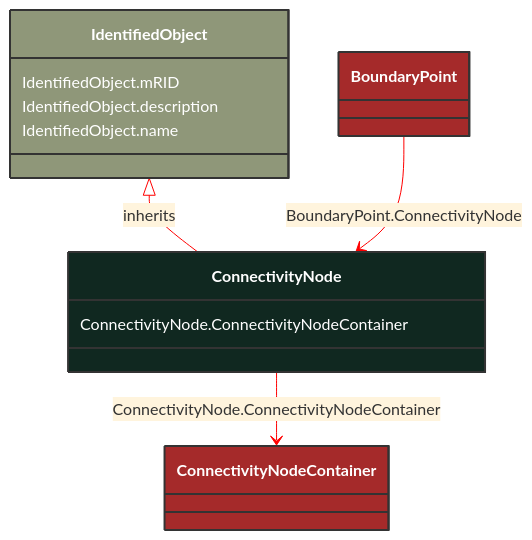
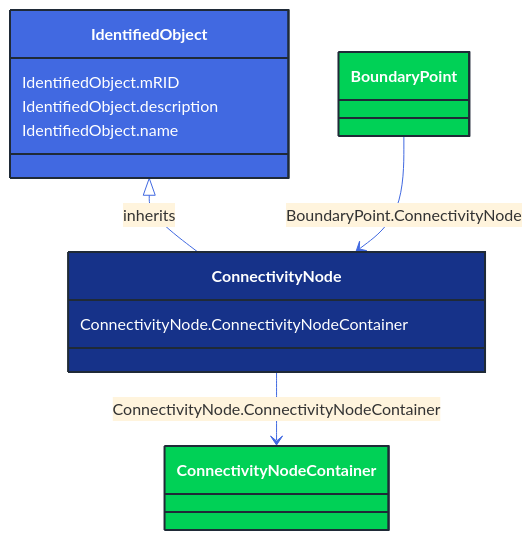
One commit to 3lbits/NoCIMExtensions changed the diagram in docs/Models/Profiles/EquipmentBoundary/ConcreteClasses/ConnectivityNode.md. Above: the diagram before and after it, drawn with Mermaid. The commit also changed 362 other files, not shown here.

First line of the commit message:
Update diagrams and styles for improved visual consistency

````diff
--- a/docs/Models/Profiles/EquipmentBoundary/ConcreteClasses/ConnectivityNode.md
+++ b/docs/Models/Profiles/EquipmentBoundary/ConcreteClasses/ConnectivityNode.md
@@ -8,29 +8,29 @@
 ```mermaid
-%%{init: {'theme':'base','themeVariables': {'lineColor': '#FF0000'}}}%%
+%%{init: {'theme':'base','themeVariables': {'lineColor': '#4169E1'}}}%%
 classDiagram
     class ConnectivityNode
     click ConnectivityNode href "/Models/Profiles/EquipmentBoundary/ConcreteClasses/ConnectivityNode/"
-    style ConnectivityNode fill:#102820,stroke:#333,stroke-width:2px,rx:10,ry:10,color:white
+    style ConnectivityNode fill:#163289,stroke:#1F2A37,stroke-width:2px,rx:10,ry:10,color:white
      
         IdentifiedObject <|-- ConnectivityNode : inherits
             click IdentifiedObject href "/Models/Profiles/EquipmentBoundary/AbstractClasses/IdentifiedObject/"
-            style IdentifiedObject fill:#8F9779,stroke:#333,stroke-width:2px,rx:10,ry:10,color:white
+            style IdentifiedObject fill:#4169E1,stroke:#1F2A37,stroke-width:2px,rx:10,ry:10,color:white
 
         ConnectivityNode --> ConnectivityNodeContainer : ConnectivityNode.ConnectivityNodeContainer
 
         ConnectivityNodeContainer
             click ConnectivityNodeContainer href "/Models/Profiles/EquipmentBoundary/AbstractClasses/ConnectivityNodeContainer/"
-            style ConnectivityNodeContainer fill:#A52A2A,stroke:#333,stroke-width:2px,rx:10,ry:10,color:white
+            style ConnectivityNodeContainer fill:#00D156,stroke:#1F2A37,stroke-width:2px,rx:10,ry:10,color:white
 
         BoundaryPoint --> ConnectivityNode : BoundaryPoint.ConnectivityNode
 
         BoundaryPoint
             click BoundaryPoint href "/Models/Profiles/EquipmentBoundary/ConcreteClasses/BoundaryPoint/"
-            style BoundaryPoint fill:#A52A2A,stroke:#333,stroke-width:2px,rx:10,ry:10,color:white
+            style BoundaryPoint fill:#00D156,stroke:#1F2A37,stroke-width:2px,rx:10,ry:10,color:white
 
 
         ConnectivityNode : ConnectivityNode.ConnectivityNodeContainer
         IdentifiedObject : IdentifiedObject.mRID
         IdentifiedObject : IdentifiedObject.description
         IdentifiedObject : IdentifiedObject.name
 ```
````
